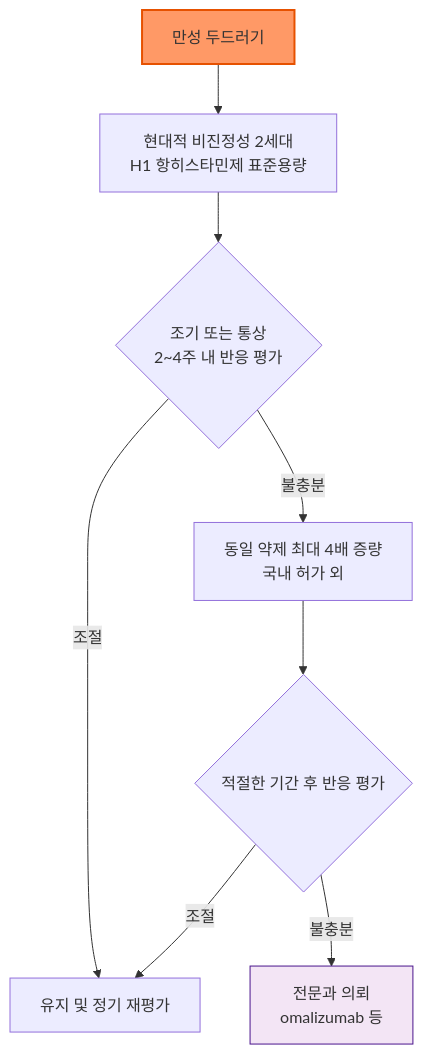
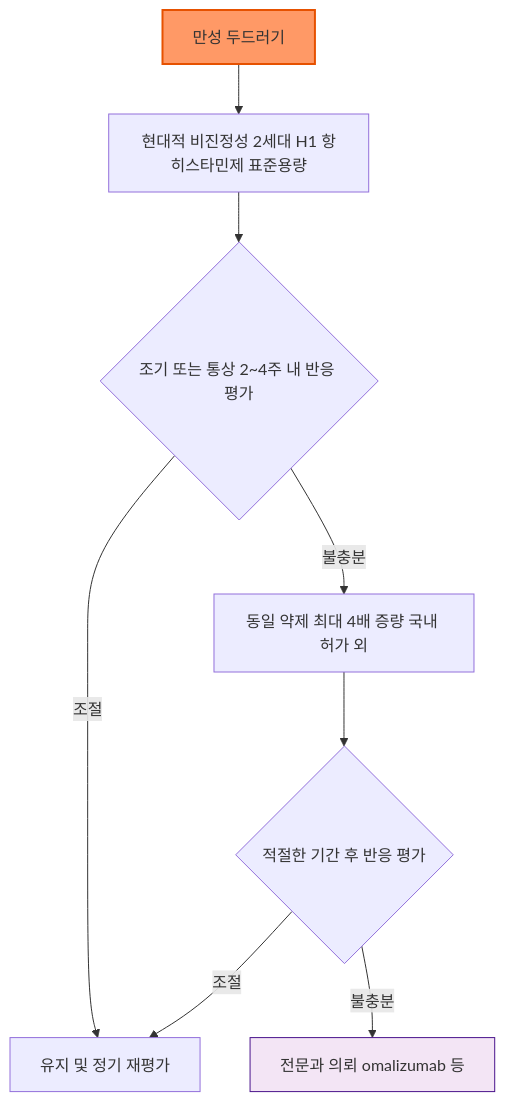
The second of 2 diagrams in 231_/212_-antihistamines.md (familyoh77/familyoh77), drawn with Mermaid before and after one commit. The commit also changed other lines of this file and 5 other files, not shown here.

````diff
--- a/231_/212_-antihistamines.md
+++ b/231_/212_-antihistamines.md
@@ -67,12 +69,12 @@
 ```mermaid
 graph TD
-    U[만성 두드러기] --> V[현대적 비진정성 2세대<br>H1 항히스타민제 표준용량]
-    V --> W{조기 또는 통상<br>2~4주 내 반응 평가}
-    W -->|조절| X[유지 및 정기 재평가]
-    W -->|불충분| Y[동일 약제 최대 4배 증량<br>국내 허가 외]
-    Y --> Z{적절한 기간 후 반응 평가}
+    U["만성 두드러기"] --> V["현대적 비진정성 2세대 H1 항히스타민제 표준용량"]
+    V --> W{"조기 또는 통상 2~4주 내 반응 평가"}
+    W -->|조절| X["유지 및 정기 재평가"]
+    W -->|불충분| Y["동일 약제 최대 4배 증량 국내 허가 외"]
+    Y --> Z{"적절한 기간 후 반응 평가"}
     Z -->|조절| X
-    Z -->|불충분| O[전문과 의뢰<br>omalizumab 등]
+    Z -->|불충분| O["전문과 의뢰 omalizumab 등"]
     style U fill:#f96,stroke:#e65100,stroke-width:2px
     style O fill:#f3e5f5,stroke:#4a148c
 ```
````
